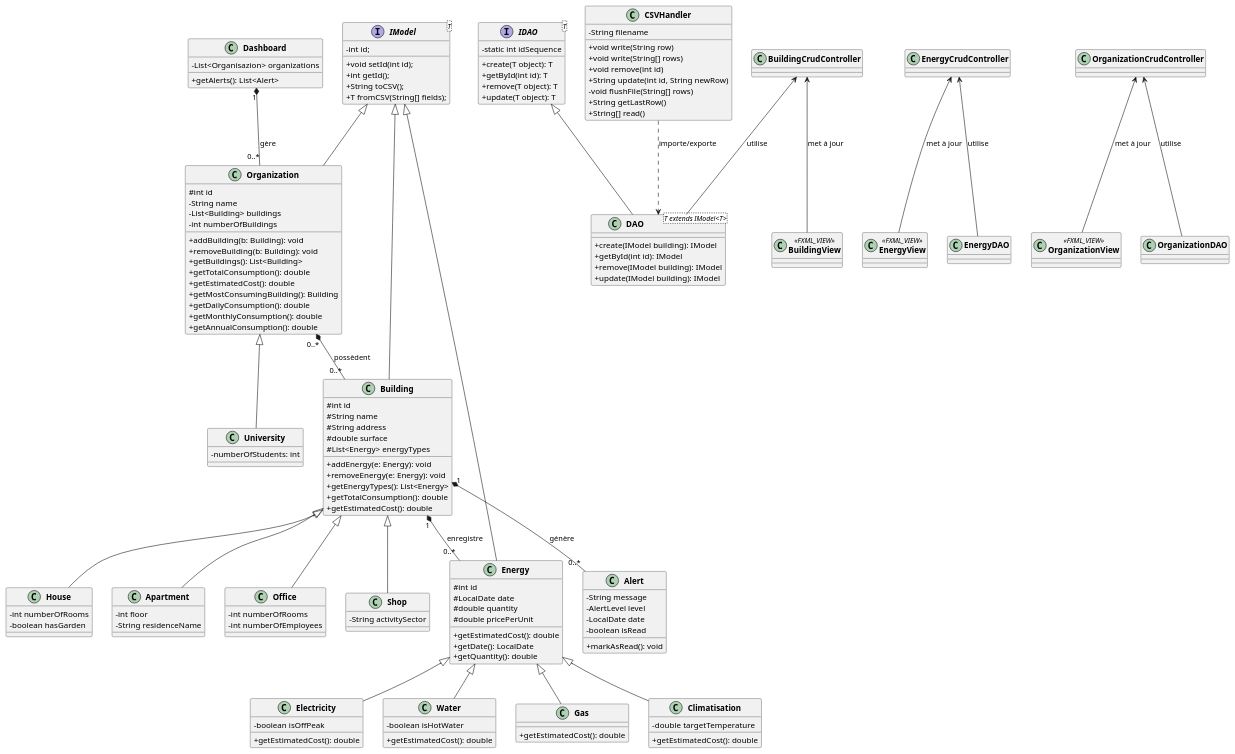
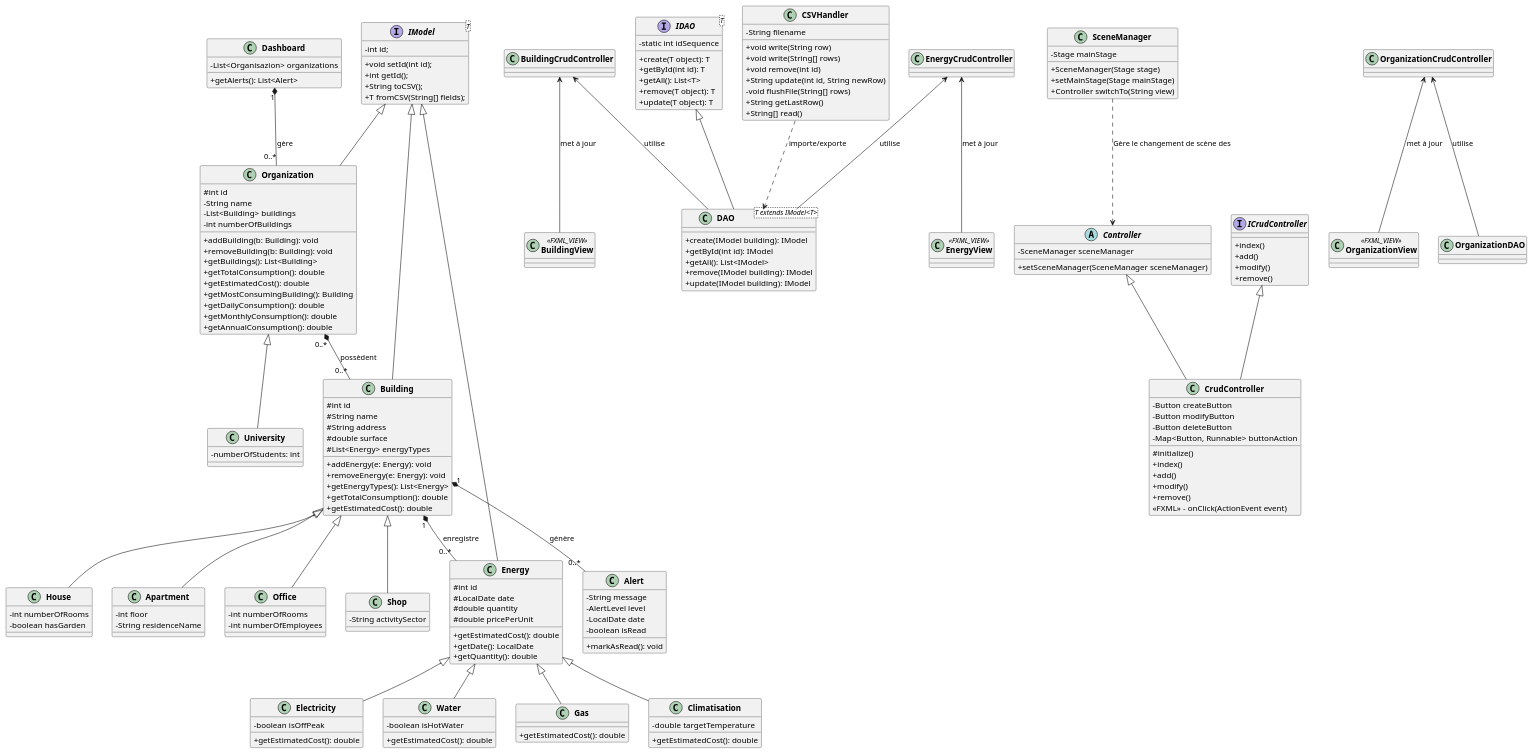
The diagram in docs/UML.puml (Cavernos/EAD), drawn with PlantUML before and after one commit. The commit also changed 15 other files, not shown here.

First line of the commit message:
Start to add controllers for crud and SceneManger to switch Scene

```diff
--- a/docs/UML.puml
+++ b/docs/UML.puml
@@ -21,6 +21,7 @@
 - static int idSequence
 + create(T object): T
 + getById(int id): T
++ getAll(): List<T>
 + remove(T object): T
 + update(T object): T
 }
@@ -29,6 +30,7 @@
 
 + create(IModel building): IModel
 + getById(int id): IModel
++ getAll(): List<IModel>
 + remove(IModel building): IModel
 + update(IModel building): IModel
 }
@@ -165,13 +167,39 @@
   + String[] read()
 }
 
-
-
-
+class SceneManager {
+    -Stage mainStage
+    +SceneManager(Stage stage)
+    +setMainStage(Stage mainStage)
+    + Controller switchTo(String view)
+}
 
 ' ===============================
 ' Controllers
 ' ===============================
+abstract class Controller {
+    - SceneManager sceneManager
+    + setSceneManager(SceneManager sceneManager)
+}
+interface ICrudController {
+    +index()
+    + add()
+    + modify()
+    + remove()
+}
+class CrudController {
+    -Button createButton
+    -Button modifyButton
+    -Button deleteButton
+    -Map<Button, Runnable> buttonAction
+    #initialize()
+    +index()
+    + add()
+    + modify()
+    + remove()
+    <<FXML>> - onClick(ActionEvent event)
+}
+
 class BuildingCrudController {
 }
 
@@ -230,7 +258,10 @@
 CSVHandler   ..> DAO  : importe/exporte
 
 ' MVC
-EnergyCrudController  <-- EnergyDAO: utilise
+SceneManager ..> Controller: Gère le changement de scène des
+Controller <|-- CrudController
+ICrudController <|-- CrudController
+EnergyCrudController  <-- DAO: utilise
 EnergyCrudController <-- EnergyView: met à jour
 BuildingCrudController <-- DAO: utilise
 BuildingCrudController <-- BuildingView: met à jour
```
